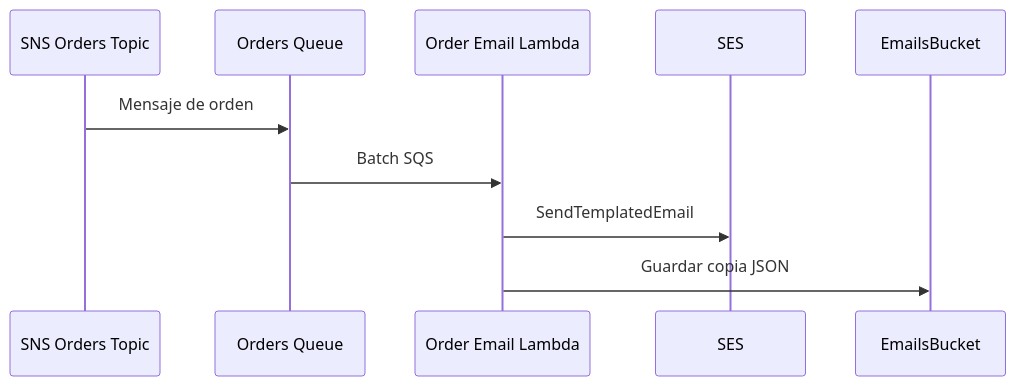
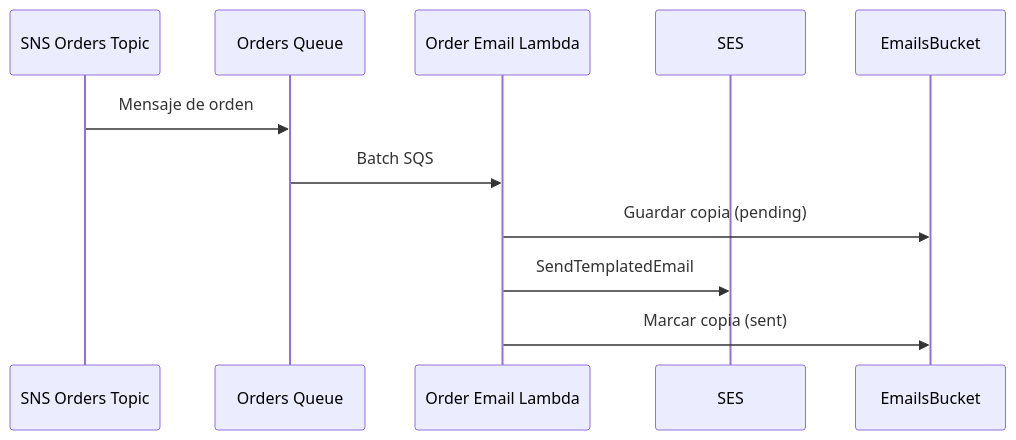
The diagram in docs-site/src/content/docs/backend/email.mdx (fjbatresv/sdg19-final), drawn with Mermaid before and after one commit. The commit also changed other lines of this file and 180 other files, not shown here.

````diff
--- a/docs-site/src/content/docs/backend/email.mdx
+++ b/docs-site/src/content/docs/backend/email.mdx
@@ -12,13 +15,14 @@
 ```mermaid
 sequenceDiagram
   participant SNS as SNS Orders Topic
   participant SQS as Orders Queue
   participant Lambda as Order Email Lambda
   participant SES as SES
   participant S3 as EmailsBucket
 
   SNS->>SQS: Mensaje de orden
   SQS->>Lambda: Batch SQS
+  Lambda->>S3: Guardar copia (pending)
   Lambda->>SES: SendTemplatedEmail
-  Lambda->>S3: Guardar copia JSON
+  Lambda->>S3: Marcar copia (sent)
 ```
````
